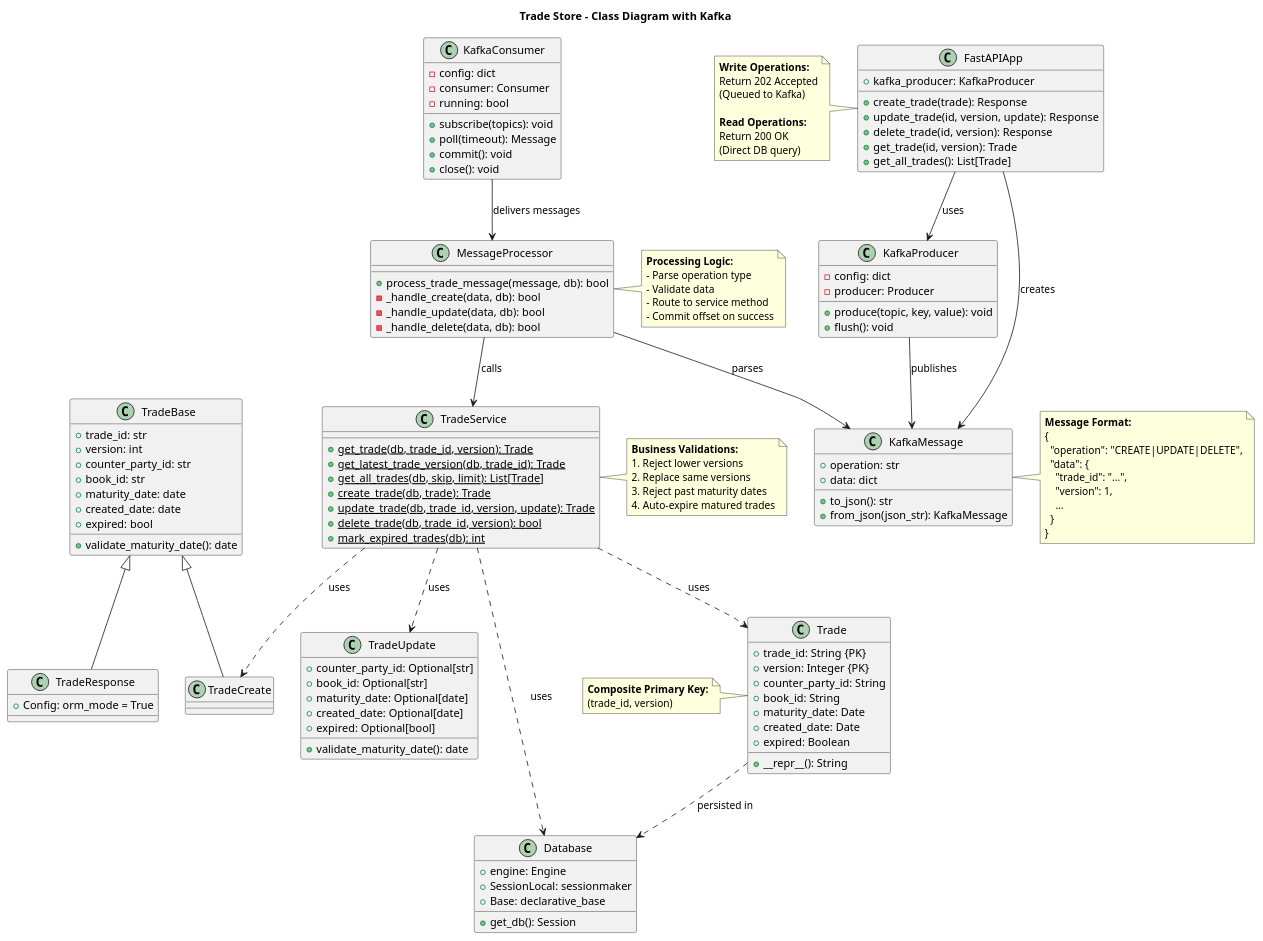
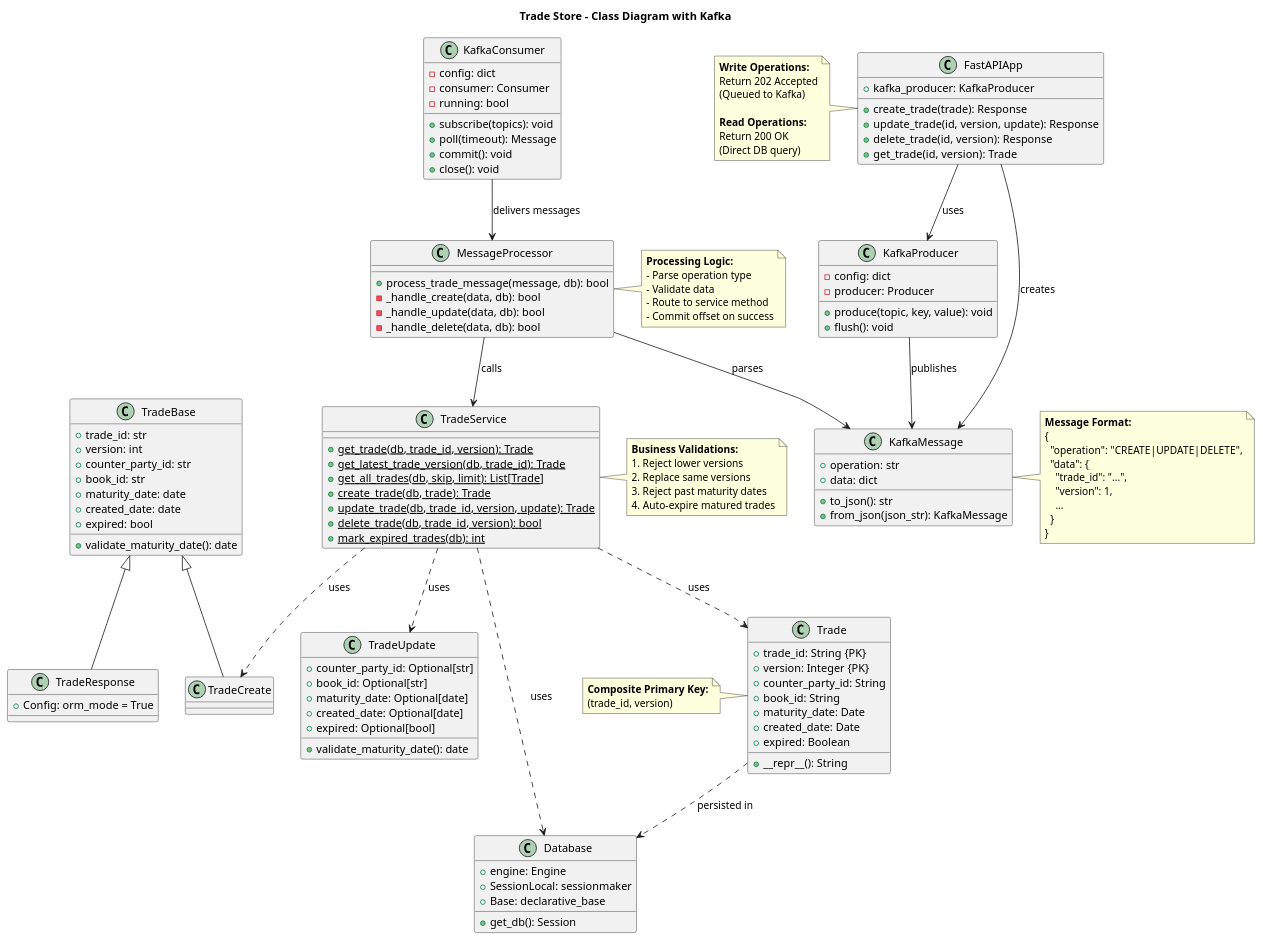
One commit to trivediprateek/trade_assignment changed the diagram in diagrams/class_diagram.puml. Above: the diagram before and after it, drawn with PlantUML. The commit also changed 12 other files, not shown here.

```diff
--- a/diagrams/class_diagram.puml
+++ b/diagrams/class_diagram.puml
@@ -1,180 +1,179 @@
 @startuml Class Diagram
 
 title Trade Store - Class Diagram with Kafka
 
 ' Models
 class Trade {
   + trade_id: String {PK}
   + version: Integer {PK}
   + counter_party_id: String
   + book_id: String
   + maturity_date: Date
   + created_date: Date
   + expired: Boolean
   __
   + __repr__(): String
 }
 
 ' Schemas
 class TradeBase {
   + trade_id: str
   + version: int
   + counter_party_id: str
   + book_id: str
   + maturity_date: date
   + created_date: date
   + expired: bool
   __
   + validate_maturity_date(): date
 }
 
 class TradeCreate {
   ' Inherits from TradeBase
 }
 
 class TradeResponse {
   ' Inherits from TradeBase
   + Config: orm_mode = True
 }
 
 class TradeUpdate {
   + counter_party_id: Optional[str]
   + book_id: Optional[str]
   + maturity_date: Optional[date]
   + created_date: Optional[date]
   + expired: Optional[bool]
   __
   + validate_maturity_date(): date
 }
 
 ' Kafka Components
 class KafkaMessage {
   + operation: str
   + data: dict
   __
   + to_json(): str
   + from_json(json_str): KafkaMessage
 }
 
 class KafkaProducer {
   - config: dict
   - producer: Producer
   __
   + produce(topic, key, value): void
   + flush(): void
 }
 
 class KafkaConsumer {
   - config: dict
   - consumer: Consumer
   - running: bool
   __
   + subscribe(topics): void
   + poll(timeout): Message
   + commit(): void
   + close(): void
 }
 
 class MessageProcessor {
   + process_trade_message(message, db): bool
   - _handle_create(data, db): bool
   - _handle_update(data, db): bool
   - _handle_delete(data, db): bool
 }
 
 ' Service Layer
 class TradeService {
   {static} + get_trade(db, trade_id, version): Trade
   {static} + get_latest_trade_version(db, trade_id): Trade
   {static} + get_all_trades(db, skip, limit): List[Trade]
   {static} + create_trade(db, trade): Trade
   {static} + update_trade(db, trade_id, version, update): Trade
   {static} + delete_trade(db, trade_id, version): bool
   {static} + mark_expired_trades(db): int
 }
 
 ' API Layer
 class FastAPIApp {
   + kafka_producer: KafkaProducer
   __
   + create_trade(trade): Response
   + update_trade(id, version, update): Response
   + delete_trade(id, version): Response
   + get_trade(id, version): Trade
-  + get_all_trades(): List[Trade]
 }
 
 ' Database
 class Database {
   + engine: Engine
   + SessionLocal: sessionmaker
   + Base: declarative_base
   __
   + get_db(): Session
 }
 
 ' Relationships
 TradeBase <|-- TradeCreate
 TradeBase <|-- TradeResponse
 
 ' API and Kafka Flow
 FastAPIApp --> KafkaProducer : uses
 FastAPIApp --> KafkaMessage : creates
 KafkaProducer --> KafkaMessage : publishes
 
 ' Consumer Flow
 KafkaConsumer --> MessageProcessor : delivers messages
 MessageProcessor --> KafkaMessage : parses
 MessageProcessor --> TradeService : calls
 
 ' Service Layer
 TradeService ..> Trade : uses
 TradeService ..> TradeCreate : uses
 TradeService ..> TradeUpdate : uses
 TradeService ..> Database : uses
 Trade ..> Database : persisted in
 
 note right of KafkaMessage
   **Message Format:**
   {
     "operation": "CREATE|UPDATE|DELETE",
     "data": {
       "trade_id": "...",
       "version": 1,
       ...
     }
   }
 end note
 
 note right of TradeService
   **Business Validations:**
   1. Reject lower versions
   2. Replace same versions
   3. Reject past maturity dates
   4. Auto-expire matured trades
 end note
 
 note left of Trade
   **Composite Primary Key:**
   (trade_id, version)
 end note
 
 note right of MessageProcessor
   **Processing Logic:**
   - Parse operation type
   - Validate data
   - Route to service method
   - Commit offset on success
 end note
 
 note left of FastAPIApp
   **Write Operations:**
   Return 202 Accepted
   (Queued to Kafka)
   
   **Read Operations:**
   Return 200 OK
   (Direct DB query)
 end note
 
 @enduml
```
